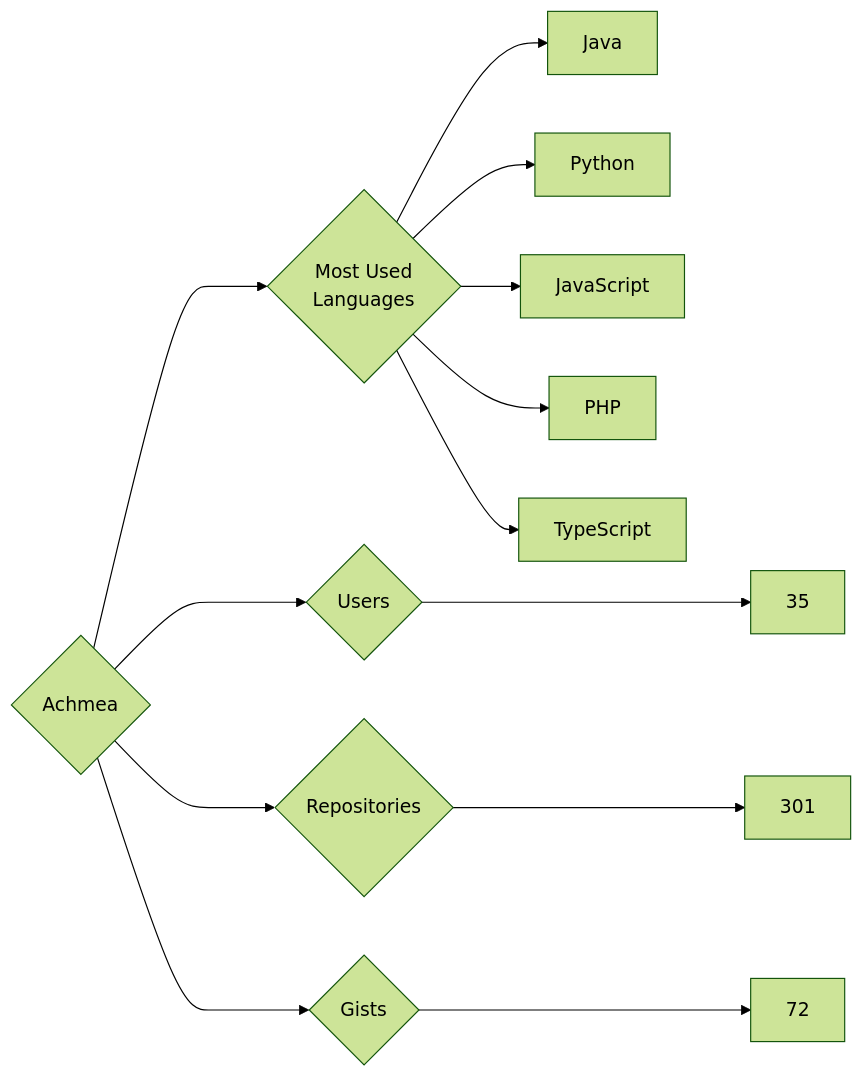
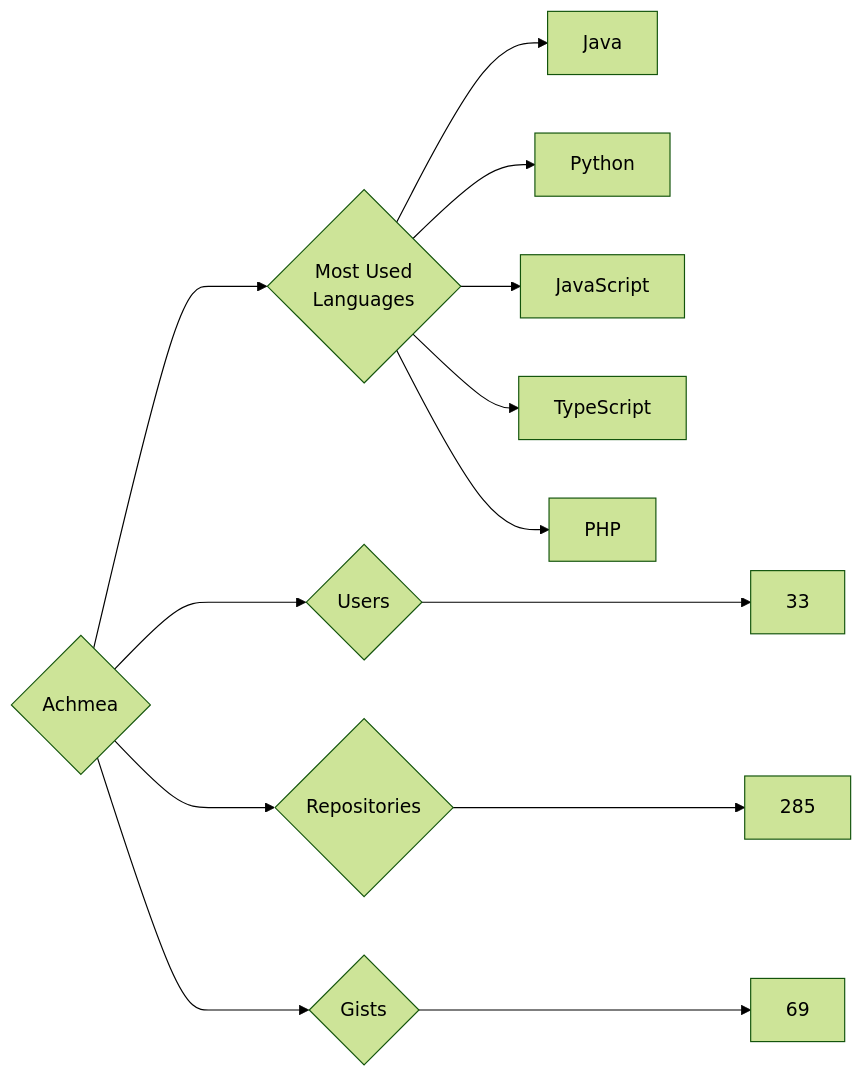
One commit to trickest/insiders changed the diagram in targets/Achmea/README.md. Above: the diagram before and after it, drawn with Mermaid (forest theme). The commit also changed 1195 other files, not shown here.

````diff
--- a/targets/Achmea/README.md
+++ b/targets/Achmea/README.md
@@ -3,13 +3,13 @@
 ```mermaid
 graph LR
 COMPANY_NAME{Achmea}
-COMPANY_NAME ---> U{Users} ---> UN[35]
-COMPANY_NAME ---> R{Repositories} ---> RN[301]
-COMPANY_NAME ---> G{Gists} ---> GN[72]
+COMPANY_NAME ---> U{Users} ---> UN[33]
+COMPANY_NAME ---> R{Repositories} ---> RN[285]
+COMPANY_NAME ---> G{Gists} ---> GN[69]
 COMPANY_NAME ---> ML{Most Used<br>Languages}
 ML --> Java[Java]
 ML --> Python[Python]
 ML --> JavaScript[JavaScript]
+ML --> TypeScript[TypeScript]
 ML --> PHP[PHP]
-ML --> TypeScript[TypeScript]
 ```
````
